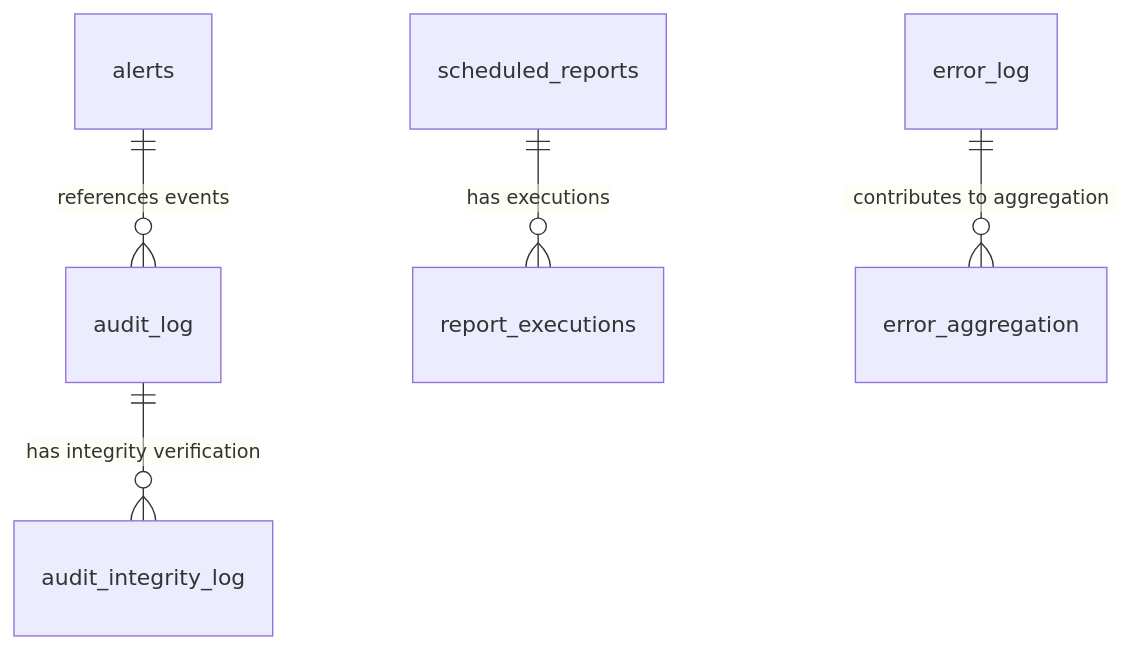
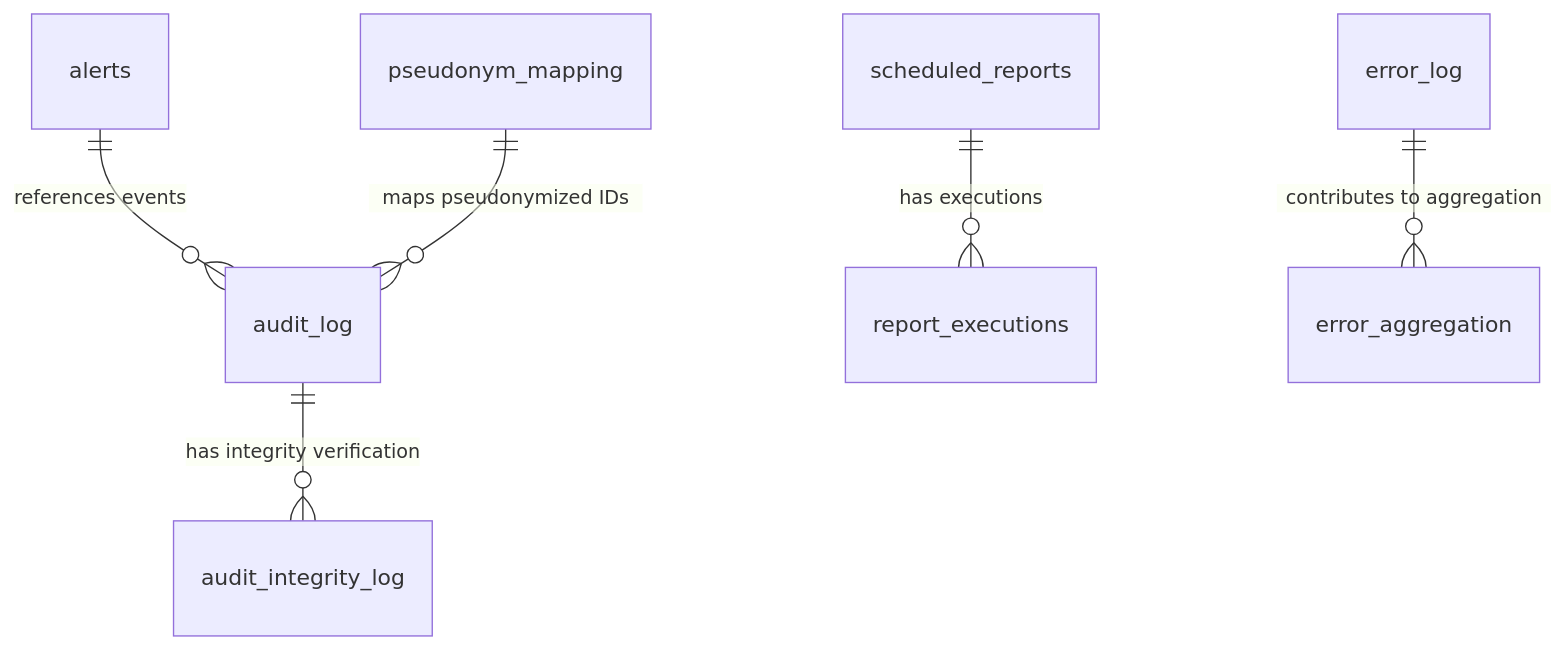
The second of 7 diagrams in .qoder/repowiki/en/content/Audit Database/Migration Management.md (smedrec/smart-logs), drawn with Mermaid before and after one commit. The commit also changed other lines of this file and 22 other files, not shown here.

First line of the commit message:
feat(documentation): add comprehensive plugin architecture and GDPR pseudonymization docs

````diff
--- a/.qoder/repowiki/en/content/Audit Database/Migration Management.md
+++ b/.qoder/repowiki/en/content/Audit Database/Migration Management.md
@@ -84,7 +97,8 @@
 ```mermaid
 erDiagram
 audit_log ||--o{ audit_integrity_log : "has integrity verification"
 scheduled_reports ||--o{ report_executions : "has executions"
 alerts ||--o{ audit_log : "references events"
 error_log ||--o{ error_aggregation : "contributes to aggregation"
+pseudonym_mapping ||--o{ audit_log : "maps pseudonymized IDs"
 ```
````
